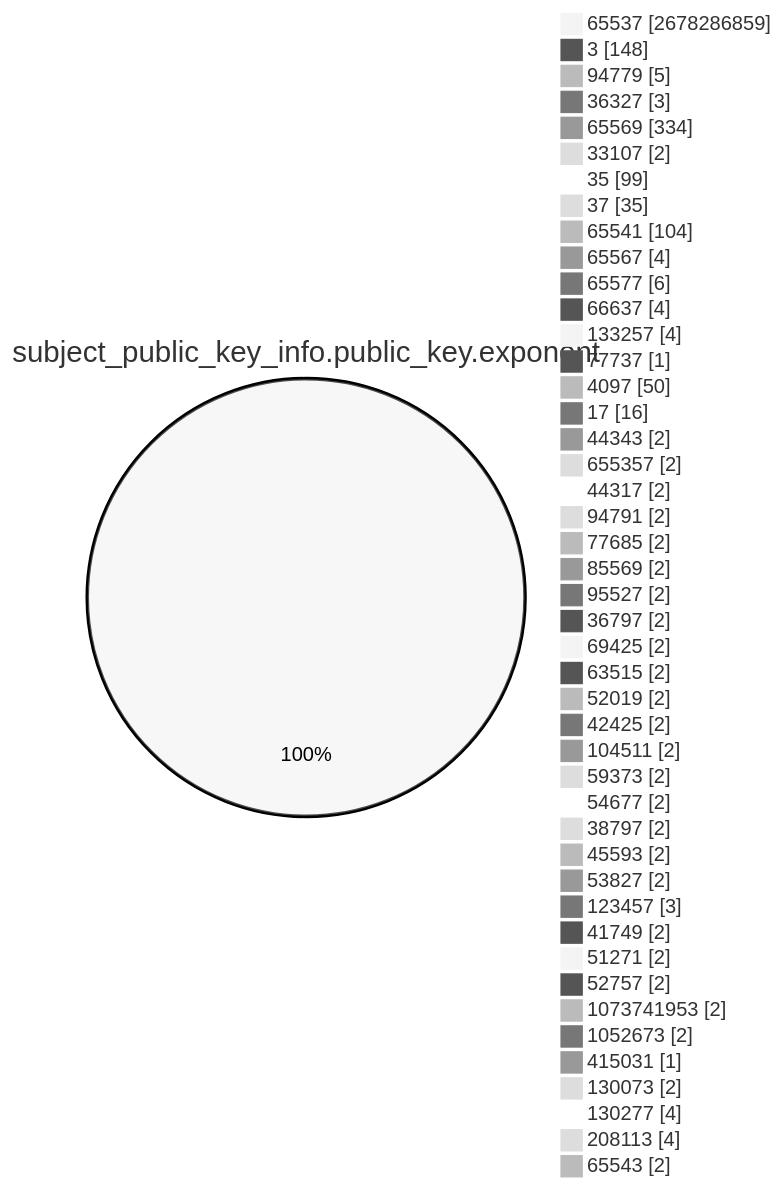
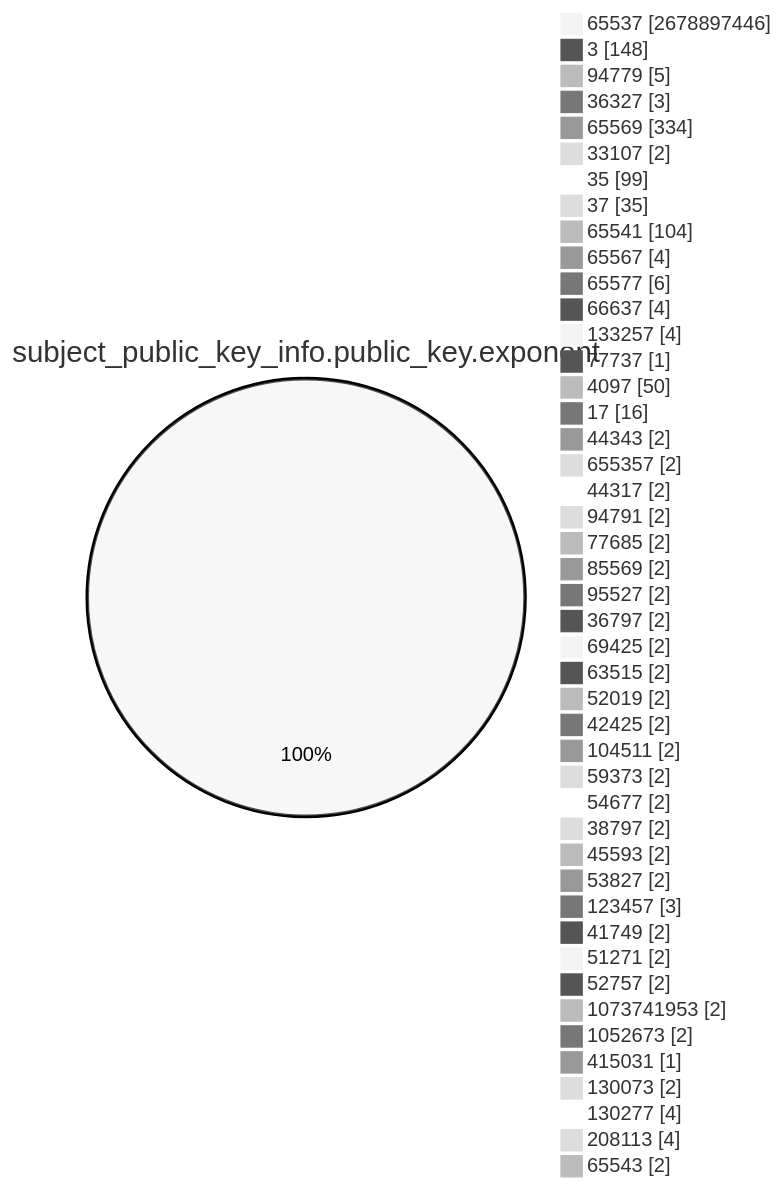
One commit to christiankrug/ctmonitor_visualization changed the fourth of 15 diagrams in TOTAL/README.md. Above: the diagram before and after it, drawn with Mermaid (neutral theme). The commit also changed other lines of this file, not shown here.

````diff
--- a/TOTAL/README.md
+++ b/TOTAL/README.md
@@ -1466,49 +1466,49 @@
 ```mermaid
 pie showData
 title subject_public_key_info.public_key.exponent
-"65537" :2678286859
+"65537" :2678897446
 "3" :148
 "94779" :5
 "36327" :3
 "65569" :334
 "33107" :2
 "35" :99
 "37" :35
 "65541" :104
 "65567" :4
 "65577" :6
 "66637" :4
 "133257" :4
 "77737" :1
 "4097" :50
 "17" :16
 "44343" :2
 "655357" :2
 "44317" :2
 "94791" :2
 "77685" :2
 "85569" :2
 "95527" :2
 "36797" :2
 "69425" :2
 "63515" :2
 "52019" :2
 "42425" :2
 "104511" :2
 "59373" :2
 "54677" :2
 "38797" :2
 "45593" :2
 "53827" :2
 "123457" :3
 "41749" :2
 "51271" :2
 "52757" :2
 "1073741953" :2
 "1052673" :2
 "415031" :1
 "130073" :2
 "130277" :4
 "208113" :4
 "65543" :2
 ```
````
